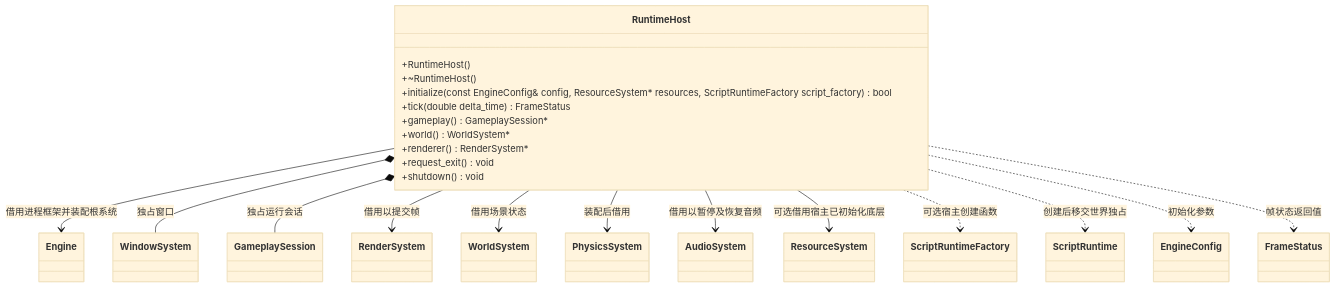
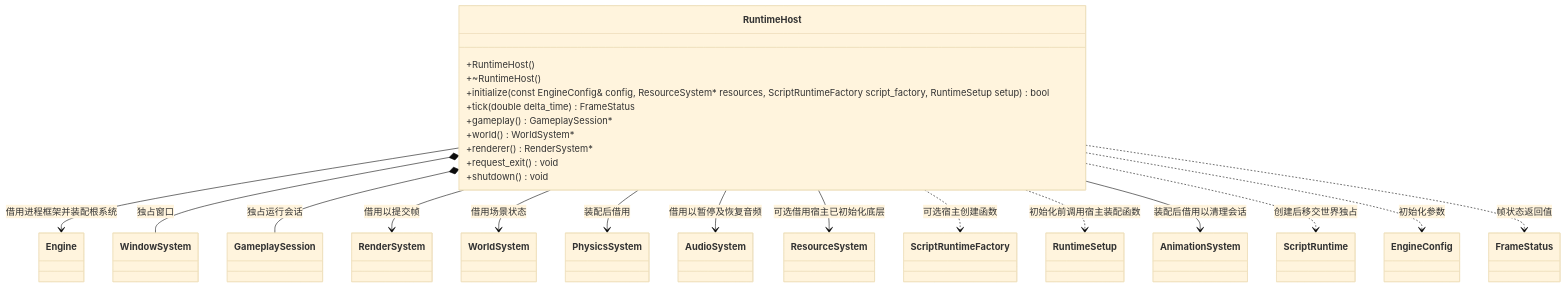
One commit to lcals/Engine changed the diagram in docs/runtime/class-diagrams/runtime-host.md. Above: the diagram before and after it, drawn with Mermaid (base theme). The commit also changed other lines of this file and 213 other files, not shown here.

````diff
--- a/docs/runtime/class-diagrams/runtime-host.md
+++ b/docs/runtime/class-diagrams/runtime-host.md
@@ -5,39 +5,43 @@
 ```mermaid
 classDiagram
     direction TB
     class RuntimeHost {
         +RuntimeHost()
         +~RuntimeHost()
-        +initialize(const EngineConfig& config, ResourceSystem#42; resources, ScriptRuntimeFactory script_factory) bool
+        +initialize(const EngineConfig& config, ResourceSystem#42; resources, ScriptRuntimeFactory script_factory, RuntimeSetup setup) bool
         +tick(double delta_time) FrameStatus
         +gameplay() GameplaySession#42;
         +world() WorldSystem#42;
         +renderer() RenderSystem#42;
         +request_exit() void
         +shutdown() void
     }
     class Engine
     class WindowSystem
     class GameplaySession
     class RenderSystem
     class WorldSystem
     class PhysicsSystem
     class AudioSystem
     class ResourceSystem
     class ScriptRuntime
     class ScriptRuntimeFactory
+    class RuntimeSetup
+    class AnimationSystem
     class EngineConfig
     class FrameStatus
     RuntimeHost --> Engine : 借用进程框架并装配根系统
     RuntimeHost *-- WindowSystem : 独占窗口
     RuntimeHost *-- GameplaySession : 独占运行会话
     RuntimeHost --> RenderSystem : 借用以提交帧
     RuntimeHost --> WorldSystem : 借用场景状态
     RuntimeHost --> PhysicsSystem : 装配后借用
     RuntimeHost --> AudioSystem : 借用以暂停及恢复音频
     RuntimeHost --> ResourceSystem : 可选借用宿主已初始化底层
     RuntimeHost ..> ScriptRuntimeFactory : 可选宿主创建函数
+    RuntimeHost ..> RuntimeSetup : 初始化前调用宿主装配函数
+    RuntimeHost --> AnimationSystem : 装配后借用以清理会话
     RuntimeHost ..> ScriptRuntime : 创建后移交世界独占
     RuntimeHost ..> EngineConfig : 初始化参数
     RuntimeHost ..> FrameStatus : 帧状态返回值
 ```
````
